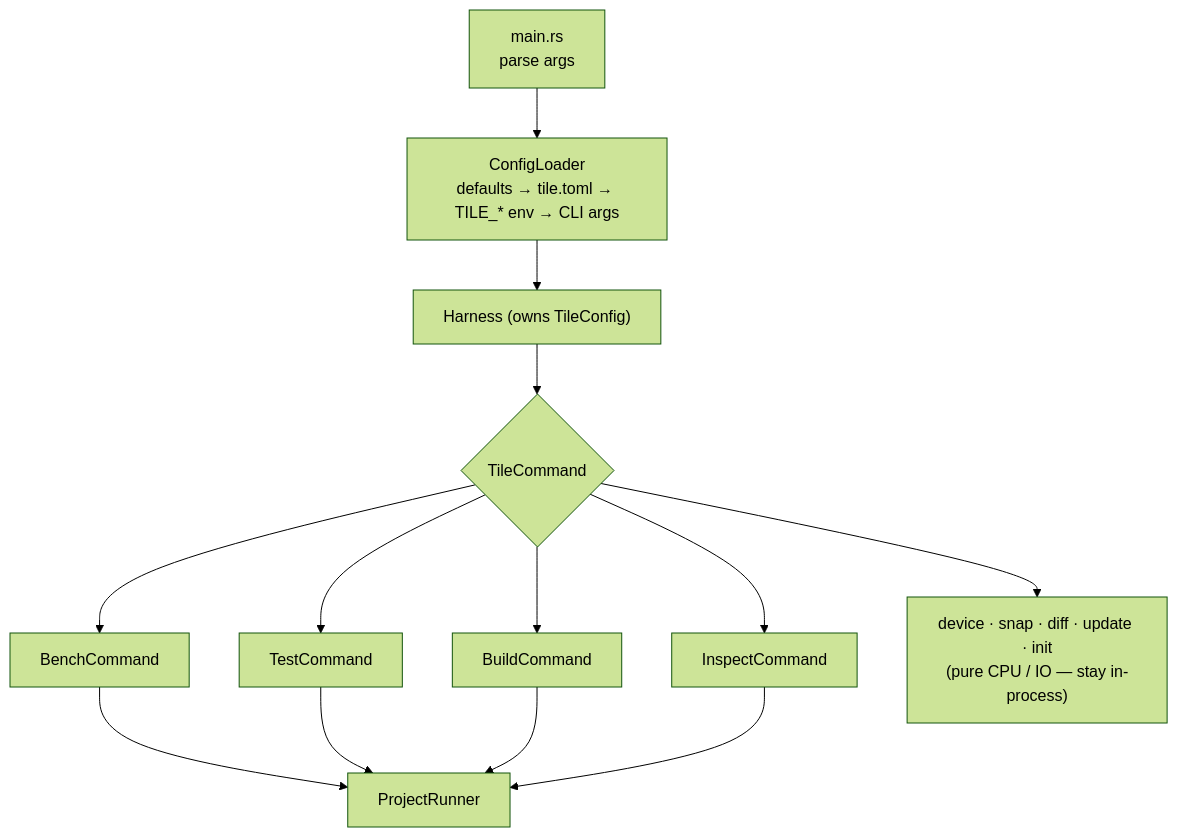
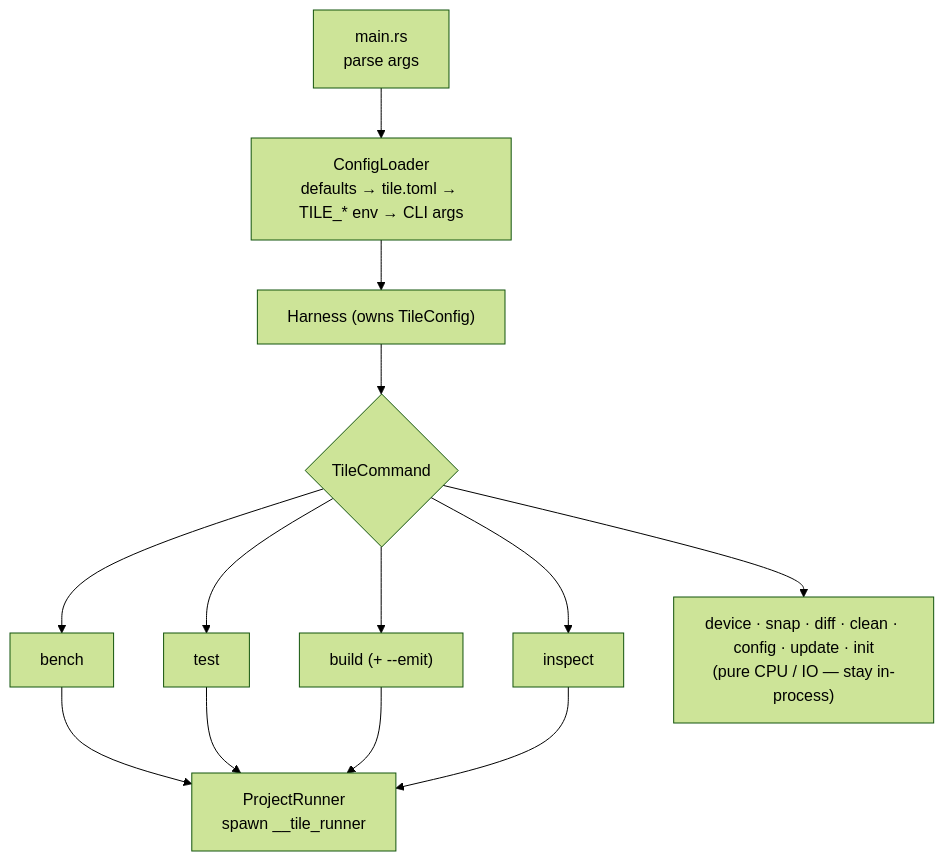
One commit to 0xClandestine/metaltile changed the third of 6 diagrams in docs/specs/ARCHITECTURE.md. Above: the diagram before and after it, drawn with Mermaid (forest theme). The commit also changed other lines of this file, not shown here.

First line of the commit message:
docs(arch): update ARCHITECTURE.md to the current codebase

````diff
--- a/docs/specs/ARCHITECTURE.md
+++ b/docs/specs/ARCHITECTURE.md
@@ -83,15 +93,15 @@
 ```mermaid
 flowchart TD
     main["main.rs<br/>parse args"] --> cfg["ConfigLoader<br/>defaults → tile.toml → TILE_* env → CLI args"]
     cfg --> harness["Harness (owns TileConfig)"]
     harness --> cmd{TileCommand}
-    cmd --> bench["BenchCommand"]
-    cmd --> test["TestCommand"]
-    cmd --> build["BuildCommand"]
-    cmd --> inspect["InspectCommand"]
-    cmd --> other["device · snap · diff · update · init<br/>(pure CPU / IO — stay in-process)"]
-    bench --> pr["ProjectRunner"]
+    cmd --> bench["bench"]
+    cmd --> test["test"]
+    cmd --> build["build (+ --emit)"]
+    cmd --> inspect["inspect"]
+    cmd --> other["device · snap · diff · clean · config · update · init<br/>(pure CPU / IO — stay in-process)"]
+    bench --> pr["ProjectRunner<br/>spawn __tile_runner"]
     test --> pr
     build --> pr
     inspect --> pr
 ```
````
